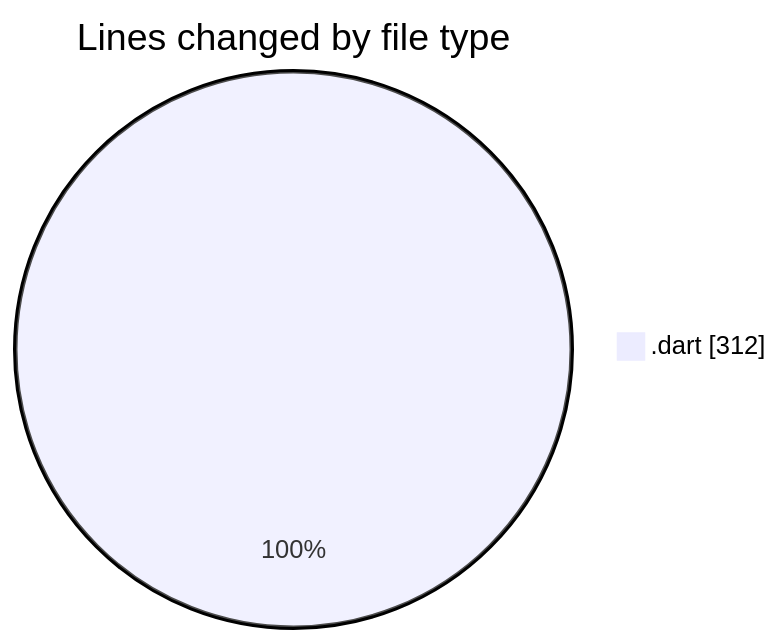
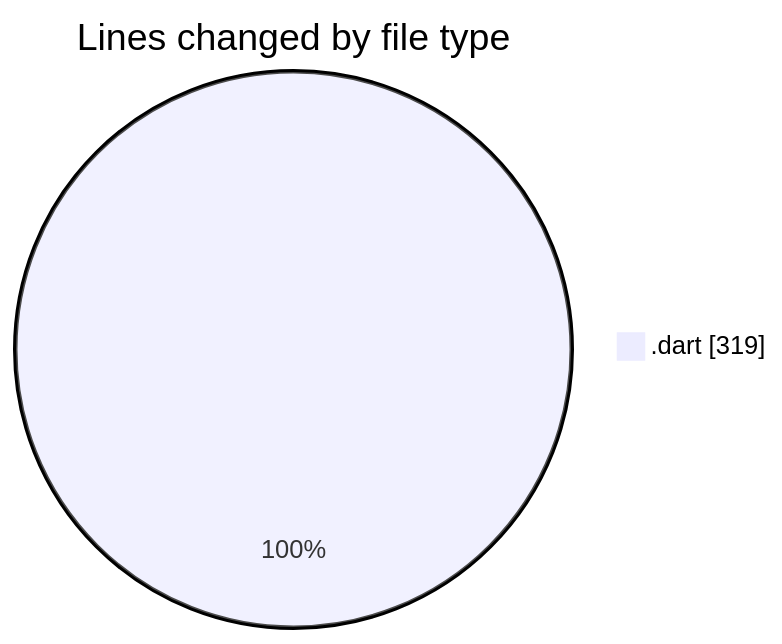
One commit to donsfak/code-tracking changed the first of 2 diagrams in 2025-01-24/trackers_app/README.md. Above: the diagram before and after it, drawn with Mermaid. The commit also changed other lines of this file and 1 other file, not shown here.

````diff
--- a/2025-01-24/trackers_app/README.md
+++ b/2025-01-24/trackers_app/README.md
@@ -22,5 +23,5 @@
 ```mermaid
 pie showData
 title Lines changed by file type
-".dart" : 312
+".dart" : 319
 ```
````
